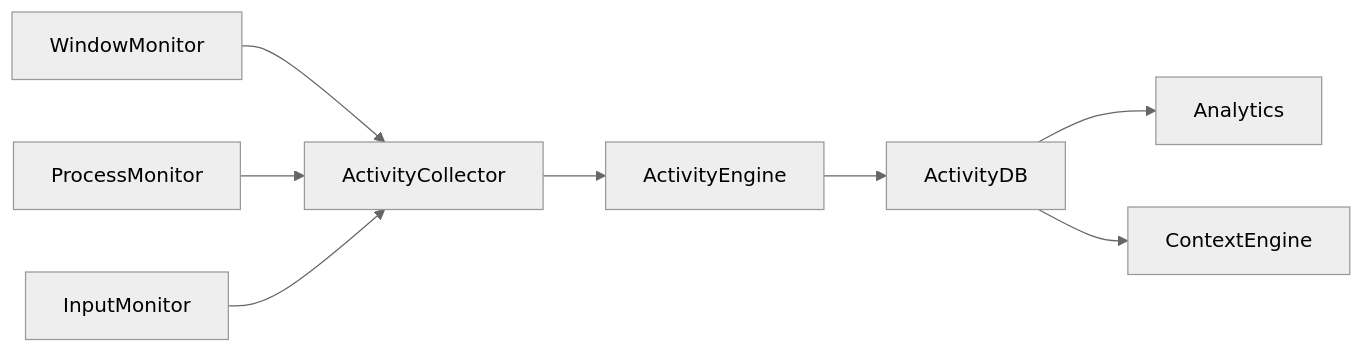
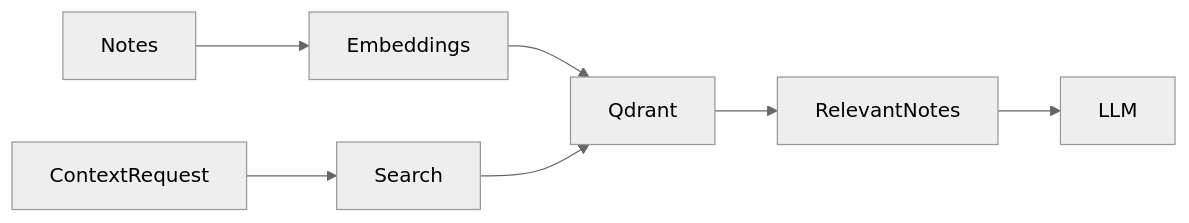
One commit to ArlagaddaMourya/habit_tracker changed the eighth of 11 diagrams in README.md. Above: the diagram before and after it, drawn with Mermaid (neutral theme). The commit also changed other lines of this file and 6 other files, not shown here.

````diff
--- a/README.md
+++ b/README.md
@@ -508,17 +306,15 @@
 ```mermaid
 flowchart LR
 
-WindowMonitor --> ActivityCollector
+    Notes --> Embeddings
 
-ProcessMonitor --> ActivityCollector
+    Embeddings --> Qdrant
 
-InputMonitor --> ActivityCollector
+    ContextRequest --> Search
 
-ActivityCollector --> ActivityEngine
+    Search --> Qdrant
 
-ActivityEngine --> ActivityDB
+    Qdrant --> RelevantNotes
 
-ActivityDB --> Analytics
-
-ActivityDB --> ContextEngine
+    RelevantNotes --> LLM
 ```
````
